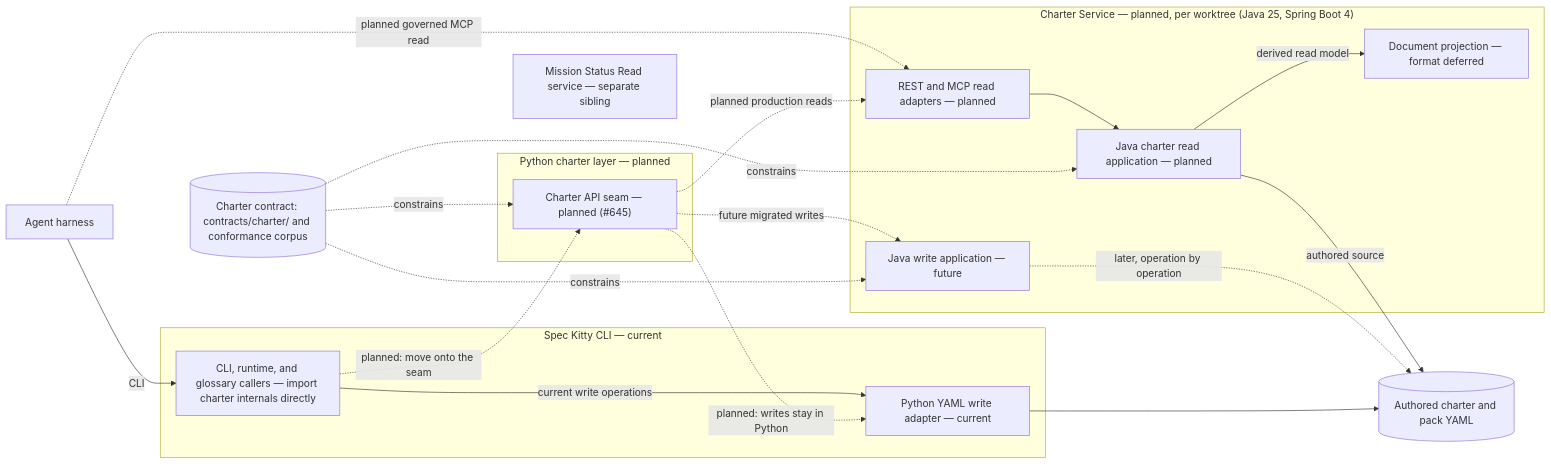
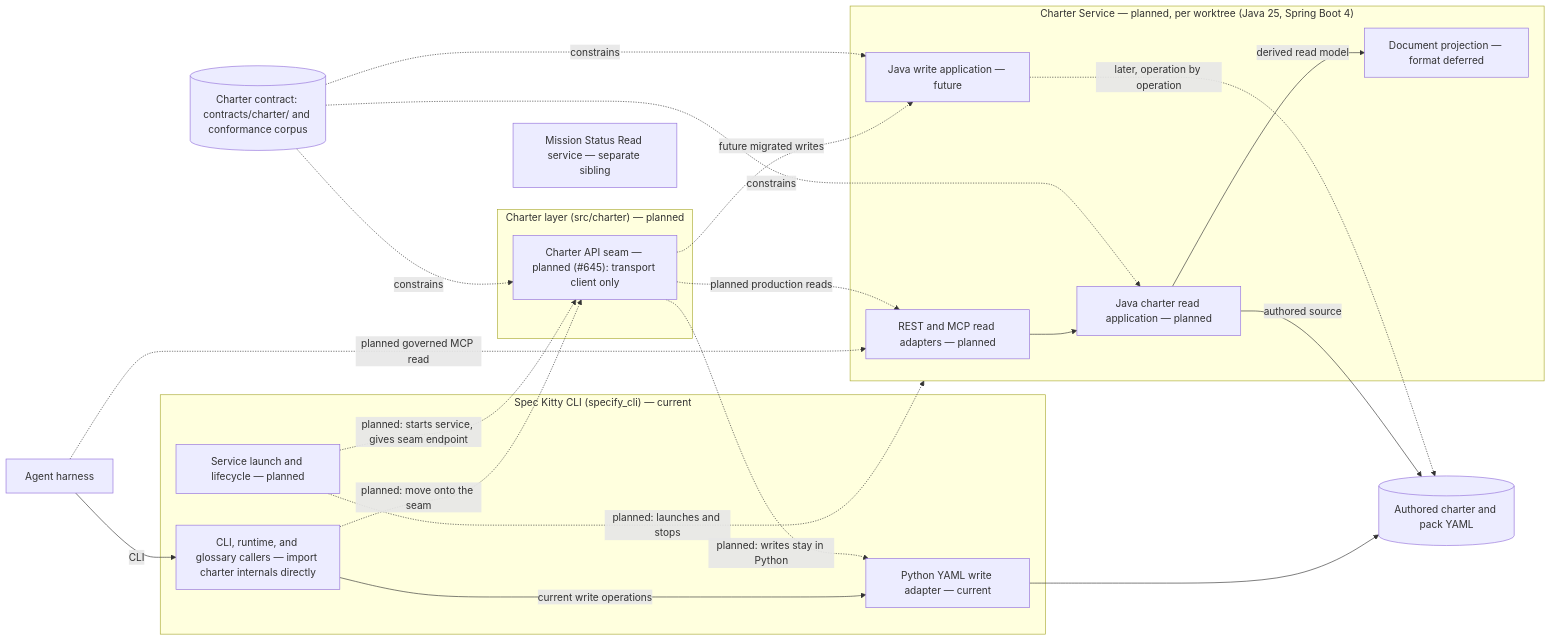
One commit to spec-kitty/spec-kitty changed the second of 2 diagrams in docs/architecture/diagrams/02_containers/README.md. Above: the diagram before and after it, drawn with Mermaid. The commit also changed other lines of this file and 2 other files, not shown here.

Commit message:
docs(landing): place the charter seam in the charter layer

````diff
--- a/docs/architecture/diagrams/02_containers/README.md
+++ b/docs/architecture/diagrams/02_containers/README.md
@@ -108,41 +108,44 @@
 ```mermaid
 flowchart LR
     agent["Agent harness"]
 
-    subgraph Python["Spec Kitty CLI — current"]
+    subgraph Python["Spec Kitty CLI (specify_cli) — current"]
       callers["CLI, runtime, and glossary callers — import charter internals directly"]
       writer["Python YAML write adapter — current"]
+      lifecycle["Service launch and lifecycle — planned"]
     end
 
-    subgraph Planned["Python charter layer — planned"]
-      seam["Charter API seam — planned (#645)"]
+    subgraph Planned["Charter layer (src/charter) — planned"]
+      seam["Charter API seam — planned (#645): transport client only"]
     end
 
     subgraph Java["Charter Service — planned, per worktree (Java 25, Spring Boot 4)"]
       readApi["REST and MCP read adapters — planned"]
       reader["Java charter read application — planned"]
       javaWriter["Java write application — future"]
       projection["Document projection — format deferred"]
     end
 
     contract[("Charter contract: contracts/charter/ and conformance corpus")]
     yaml[("Authored charter and pack YAML")]
     status["Mission Status Read service — separate sibling"]
 
     agent -->|CLI| callers
     callers -.->|planned: move onto the seam| seam
     agent -.->|planned governed MCP read| readApi
     callers -->|current write operations| writer
     seam -.->|planned: writes stay in Python| writer
     writer --> yaml
+    lifecycle -.->|planned: starts service, gives seam endpoint| seam
+    lifecycle -.->|planned: launches and stops| Java
     seam -.->|planned production reads| readApi
     seam -.->|future migrated writes| javaWriter
     readApi --> reader
     reader -->|authored source| yaml
     reader -->|derived read model| projection
     javaWriter -.->|later, operation by operation| yaml
     contract -.->|constrains| seam
     contract -.->|constrains| reader
     contract -.->|constrains| javaWriter
     status ~~~ Java
 ```
````
